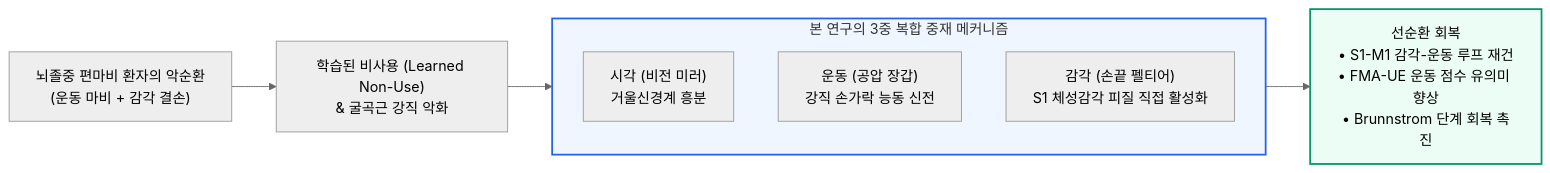
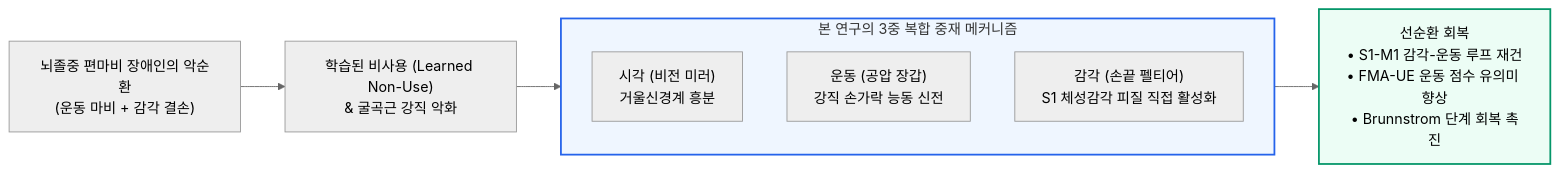
The second of 3 diagrams in capstone/03_연구계획_및_정리노트/01_일별_정리노트/2026.08.25_정리노트.md (passtock/casstone), drawn with Mermaid (neutral theme) before and after one commit. The commit also changed other lines of this file and 728 other files, not shown here.

````diff
--- a/capstone/03_연구계획_및_정리노트/01_일별_정리노트/2026.08.25_정리노트.md
+++ b/capstone/03_연구계획_및_정리노트/01_일별_정리노트/2026.08.25_정리노트.md
@@ -80,16 +80,16 @@
 ```mermaid
 flowchart LR
-    A["뇌졸중 편마비 환자의 악순환<br/>(운동 마비 + 감각 결손)"] --> B["학습된 비사용 (Learned Non-Use)<br/>& 굴곡근 강직 악화"]
+    A["뇌졸중 편마비 장애인의 악순환<br/>(운동 마비 + 감각 결손)"] --> B["학습된 비사용 (Learned Non-Use)<br/>& 굴곡근 강직 악화"]
     
     subgraph INTERVENTION ["본 연구의 3중 복합 중재 메커니즘"]
         I1["시각 (비전 미러)<br/>거울신경계 흥분"]
         I2["운동 (공압 장갑)<br/>강직 손가락 능동 신전"]
         I3["감각 (손끝 펠티어)<br/>S1 체성감각 피질 직접 활성화"]
     end
     
     B --> INTERVENTION
     INTERVENTION --> C["선순환 회복<br/>• S1-M1 감각-운동 루프 재건<br/>• FMA-UE 운동 점수 유의미 향상<br/>• Brunnstrom 단계 회복 촉진"]
 
     style INTERVENTION fill:#eff6ff,stroke:#2563eb,stroke-width:2px
     style C fill:#ecfdf5,stroke:#059669,stroke-width:2px
 ```
````
